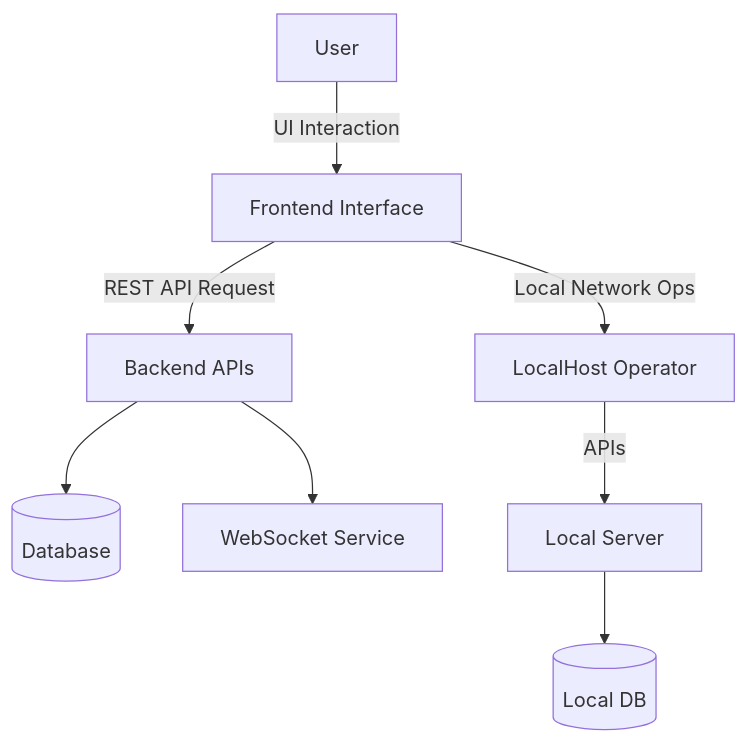
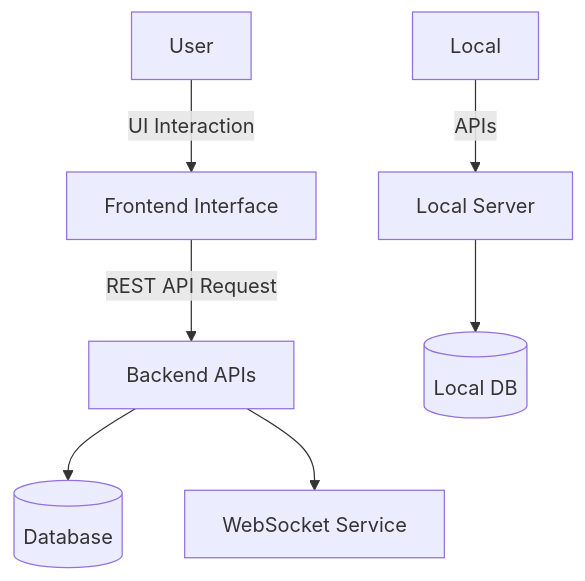
The diagram in readme.md (vedansh-tyagi245/RT-IDS), drawn with Mermaid before and after one commit.

````diff
--- a/readme.md
+++ b/readme.md
@@ -26,10 +26,9 @@
 ```mermaid
 flowchart TD
     User -->|UI Interaction| Frontend[Frontend Interface]
     Frontend -->|REST API Request| Backend[Backend APIs]
-    Frontend -->|Local Network Ops| Local[LocalHost Operator]
     Backend --> DB[(Database)]
     Backend --> WebSocket[WebSocket Service]
     Local -->|APIs| LocalServer[Local Server]
     LocalServer --> LocalDB[(Local DB)]
 ```
````
